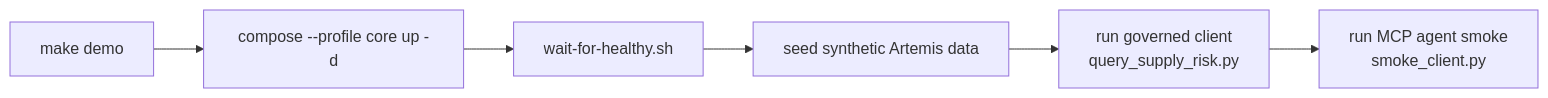
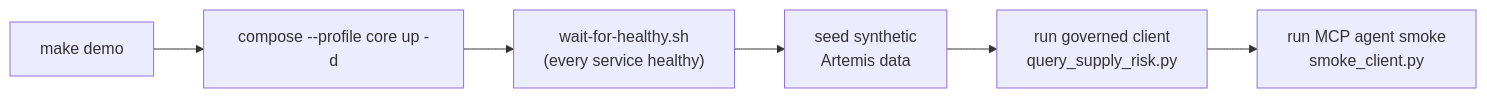
Before and after one commit to fgarofalo56/nasa-api-first-poc: the first of 2 diagrams in docs/DEMO-SCRIPT.md, drawn with Mermaid. The commit also changed other lines of this file and 40 other files, not shown here.

````diff
--- a/docs/DEMO-SCRIPT.md
+++ b/docs/DEMO-SCRIPT.md
@@ -55,8 +154,8 @@
 ```mermaid
 flowchart LR
-    A[make demo] --> B[compose --profile core up -d]
-    B --> C[wait-for-healthy.sh]
-    C --> D[seed synthetic Artemis data]
-    D --> E[run governed client<br/>query_supply_risk.py]
-    E --> F[run MCP agent smoke<br/>smoke_client.py]
+    A["make demo"] --> B["compose --profile core up -d"]
+    B --> C["wait-for-healthy.sh<br/>(every service healthy)"]
+    C --> D["seed synthetic<br/>Artemis data"]
+    D --> E["run governed client<br/>query_supply_risk.py"]
+    E --> F["run MCP agent smoke<br/>smoke_client.py"]
 ```
````
